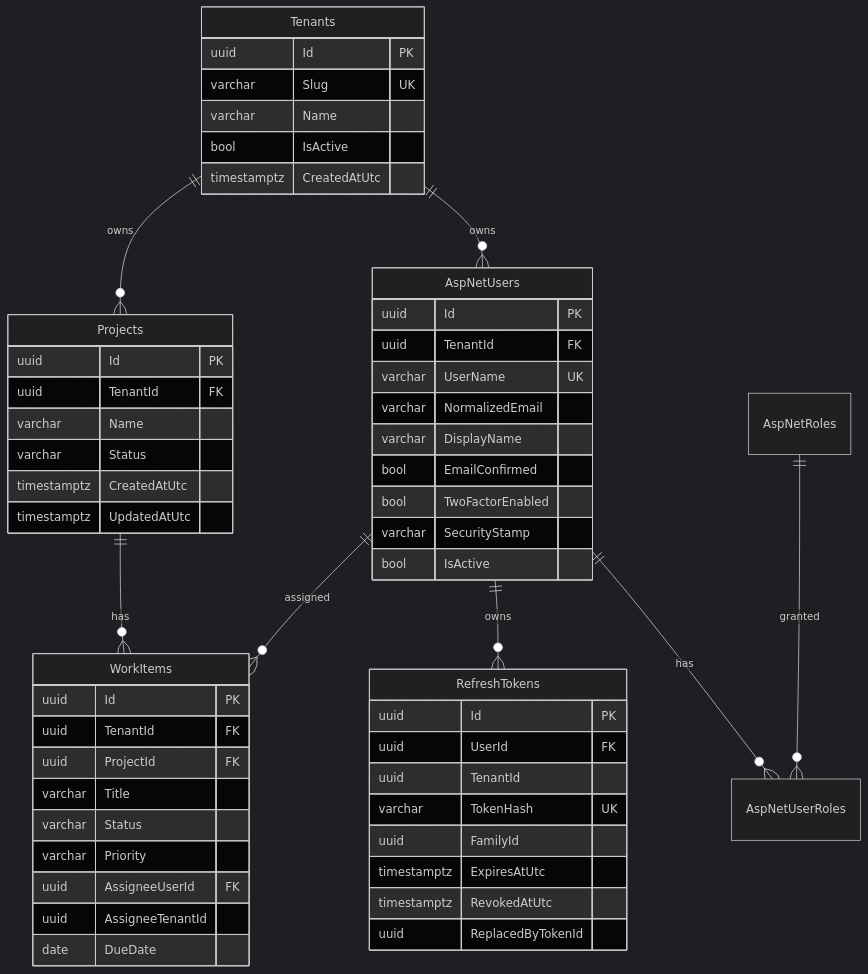
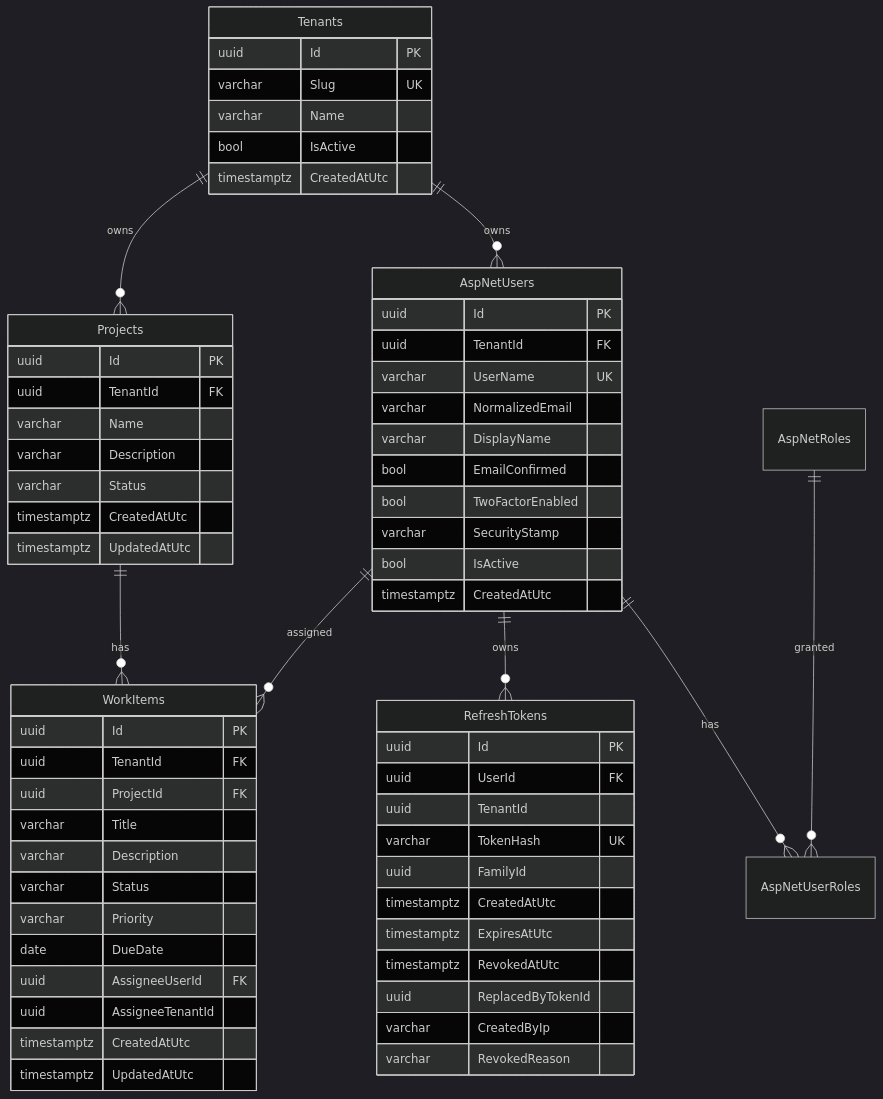
The sixth of 6 diagrams in docs/architecture.md (MFarooqTahir/multitenant-aspnet-api), drawn with Mermaid (dark theme) before and after one commit. The commit also changed other lines of this file and 32 other files, not shown here.

````diff
--- a/docs/architecture.md
+++ b/docs/architecture.md
@@ -85,58 +116,66 @@
 ```mermaid
 erDiagram
     Tenants ||--o{ AspNetUsers : "owns"
     Tenants ||--o{ Projects : "owns"
     Projects ||--o{ WorkItems : "has"
     AspNetUsers ||--o{ WorkItems : "assigned"
     AspNetUsers ||--o{ RefreshTokens : "owns"
     AspNetUsers ||--o{ AspNetUserRoles : "has"
     AspNetRoles ||--o{ AspNetUserRoles : "granted"
 
     Tenants {
         uuid Id PK
         varchar Slug UK
         varchar Name
         bool IsActive
         timestamptz CreatedAtUtc
     }
     AspNetUsers {
         uuid Id PK
         uuid TenantId FK
         varchar UserName UK
         varchar NormalizedEmail
         varchar DisplayName
         bool EmailConfirmed
         bool TwoFactorEnabled
         varchar SecurityStamp
         bool IsActive
+        timestamptz CreatedAtUtc
     }
     Projects {
         uuid Id PK
         uuid TenantId FK
         varchar Name
+        varchar Description
         varchar Status
         timestamptz CreatedAtUtc
         timestamptz UpdatedAtUtc
     }
     WorkItems {
         uuid Id PK
         uuid TenantId FK
         uuid ProjectId FK
         varchar Title
+        varchar Description
         varchar Status
         varchar Priority
+        date DueDate
         uuid AssigneeUserId FK
         uuid AssigneeTenantId
-        date DueDate
+        timestamptz CreatedAtUtc
+        timestamptz UpdatedAtUtc
     }
     RefreshTokens {
         uuid Id PK
         uuid UserId FK
         uuid TenantId
         varchar TokenHash UK
         uuid FamilyId
+        timestamptz CreatedAtUtc
         timestamptz ExpiresAtUtc
         timestamptz RevokedAtUtc
         uuid ReplacedByTokenId
+        varchar CreatedByIp
+        varchar RevokedReason
     }
 ```
````
